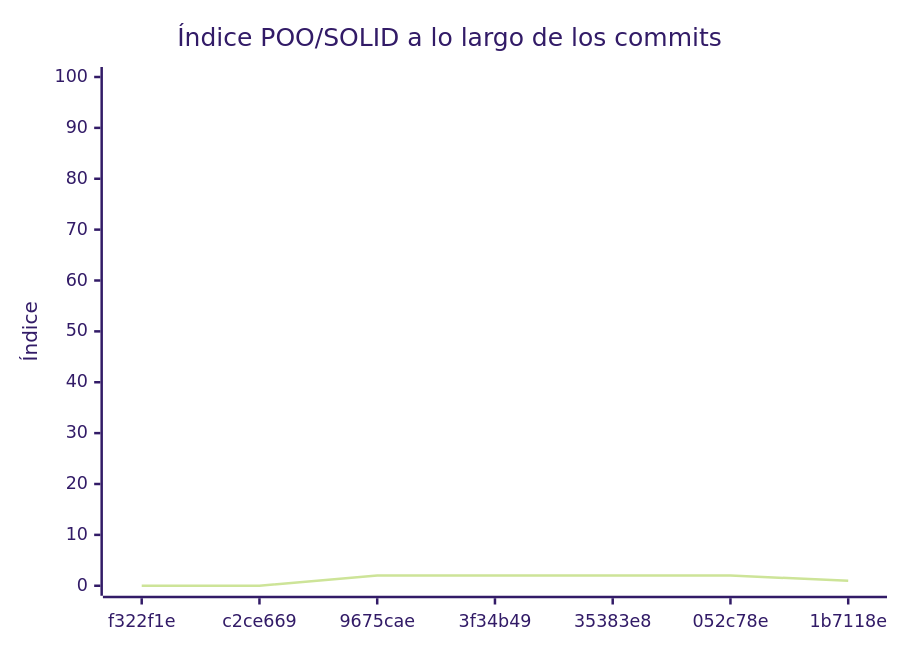
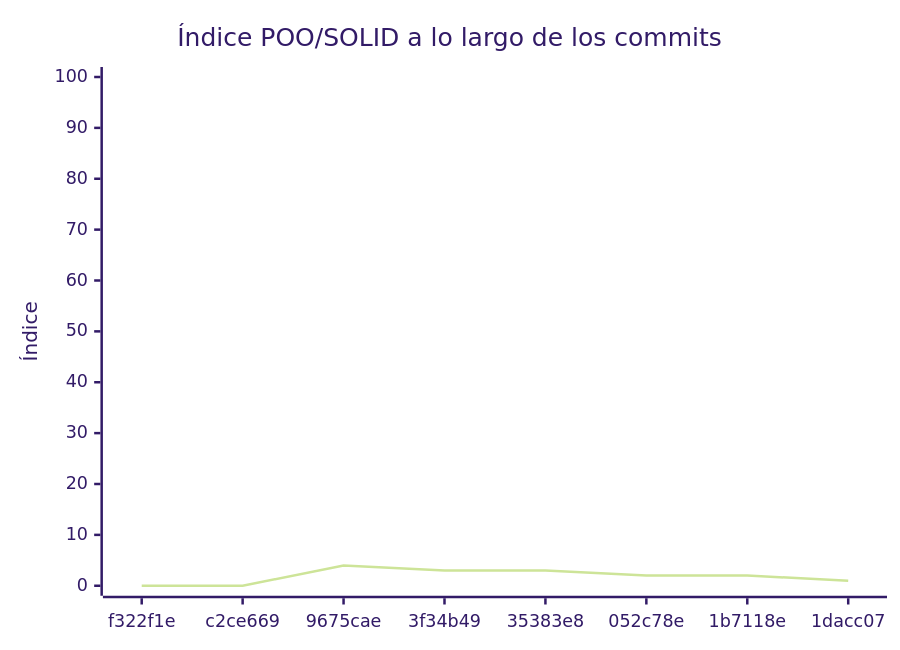
One commit to centuriol/Proyecto_final_programacion2 changed the diagram in docs/EVALUACION.md. Above: the diagram before and after it, drawn with Mermaid (forest theme). The commit also changed other lines of this file and 1 other file, not shown here.

````diff
--- a/docs/EVALUACION.md
+++ b/docs/EVALUACION.md
@@ -458,7 +528,7 @@
 ```mermaid
 xychart-beta
     title "Índice POO/SOLID a lo largo de los commits"
-    x-axis ["f322f1e", "c2ce669", "9675cae", "3f34b49", "35383e8", "052c78e", "1b7118e"]
+    x-axis ["f322f1e", "c2ce669", "9675cae", "3f34b49", "35383e8", "052c78e", "1b7118e", "1dacc07"]
     y-axis "Índice" 0 --> 100
-    line [0, 0, 2, 2, 2, 2, 1]
+    line [0, 0, 4, 3, 3, 2, 2, 1]
 ```
````
